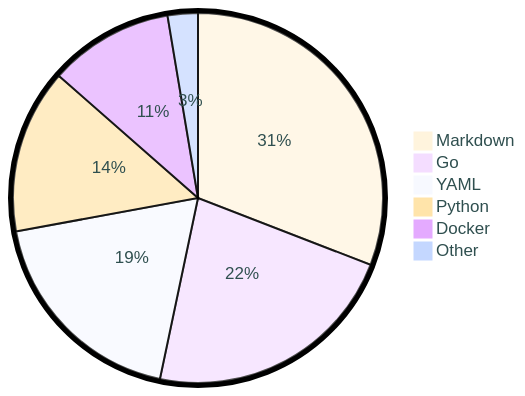
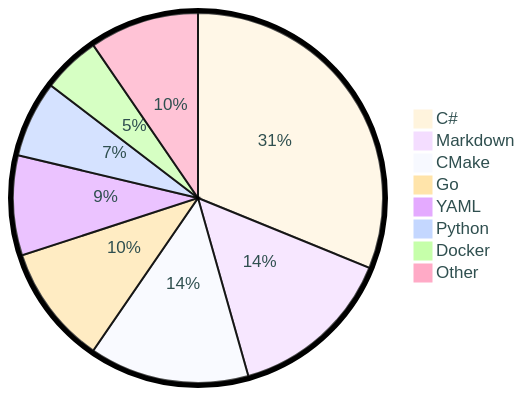
One commit to tot0p/tot0p changed the diagram in README.md. Above: the diagram before and after it, drawn with Mermaid. The commit also changed other lines of this file, not shown here.

````diff
--- a/README.md
+++ b/README.md
@@ -74,10 +82,12 @@
 ```mermaid
 %%{init: {"pie": {"textPosition": 0.5}, "themeVariables": {"pieOuterStrokeWidth": "5px","primaryTextColor" : "#2F4F4F"},"theme":"base"} }%%
 pie
-	"Markdown": 30.88
-	"Go": 22.42
-	"YAML": 18.81
-	"Python": 14.36
-	"Docker": 10.89
-	"Other": 2.6399999999999997
+	"C#": 31.16
+	"Markdown": 14.45
+	"CMake": 13.96
+	"Go": 10.41
+	"YAML": 8.73
+	"Python": 6.67
+	"Docker": 5.05
+	"Other": 9.559999999999999
 ```
````
